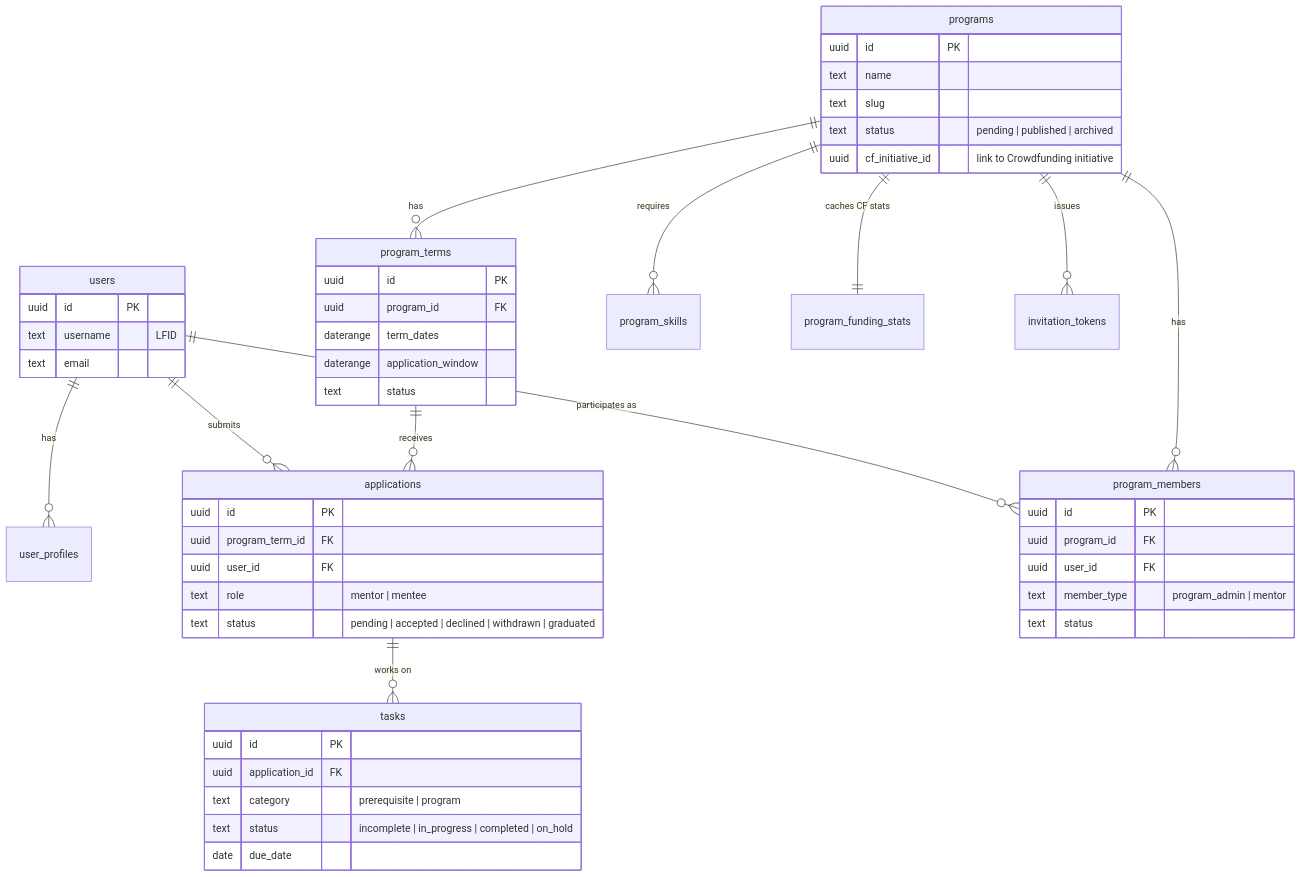
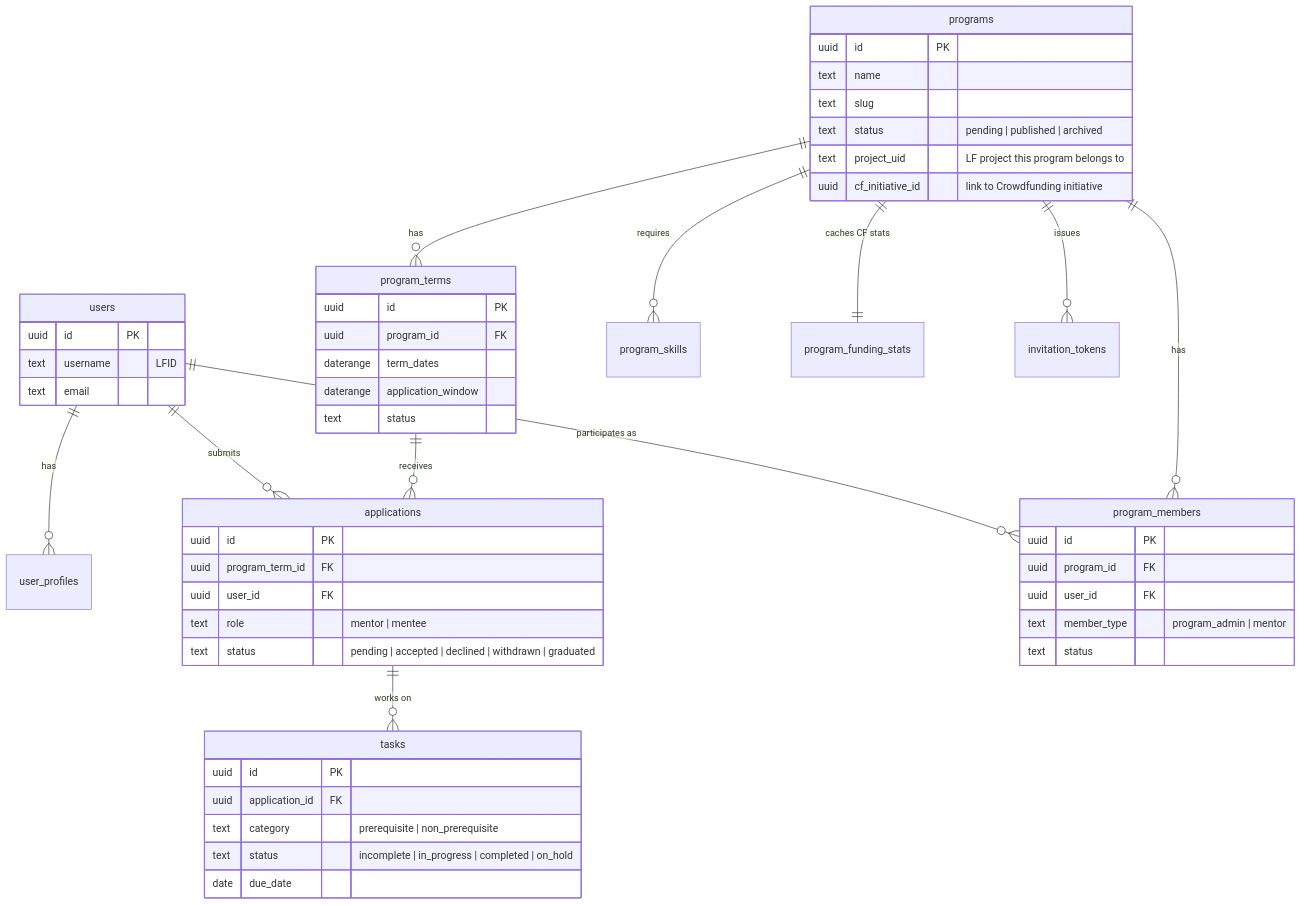
The second of 2 diagrams in docs/rewrite/02-target-architecture.md (linuxfoundation/lfx-mentorship), drawn with Mermaid before and after one commit. The commit also changed other lines of this file and 2 other files, not shown here.

First paragraph of the commit message:
docs(rewrite): align proposal with implemented schema, fix review findings
Address review comments from copilot-pull-request-reviewer on PR #119.

````diff
--- a/docs/rewrite/02-target-architecture.md
+++ b/docs/rewrite/02-target-architecture.md
@@ -96,54 +96,55 @@
 ```mermaid
 erDiagram
     users ||--o{ user_profiles : has
     users ||--o{ applications : submits
     users ||--o{ program_members : "participates as"
     programs ||--o{ program_terms : has
     programs ||--o{ program_members : has
     programs ||--o{ program_skills : requires
     programs ||--|| program_funding_stats : "caches CF stats"
     program_terms ||--o{ applications : receives
     applications ||--o{ tasks : "works on"
     programs ||--o{ invitation_tokens : issues
 
     users {
         uuid id PK
         text username "LFID"
         text email
     }
     programs {
         uuid id PK
         text name
         text slug
         text status "pending | published | archived"
+        text project_uid "LF project this program belongs to"
         uuid cf_initiative_id "link to Crowdfunding initiative"
     }
     program_terms {
         uuid id PK
         uuid program_id FK
         daterange term_dates
         daterange application_window
         text status
     }
     applications {
         uuid id PK
         uuid program_term_id FK
         uuid user_id FK
         text role "mentor | mentee"
         text status "pending | accepted | declined | withdrawn | graduated"
     }
     program_members {
         uuid id PK
         uuid program_id FK
         uuid user_id FK
         text member_type "program_admin | mentor"
         text status
     }
     tasks {
         uuid id PK
         uuid application_id FK
-        text category "prerequisite | program"
+        text category "prerequisite | non_prerequisite"
         text status "incomplete | in_progress | completed | on_hold"
         date due_date
     }
 ```
````
